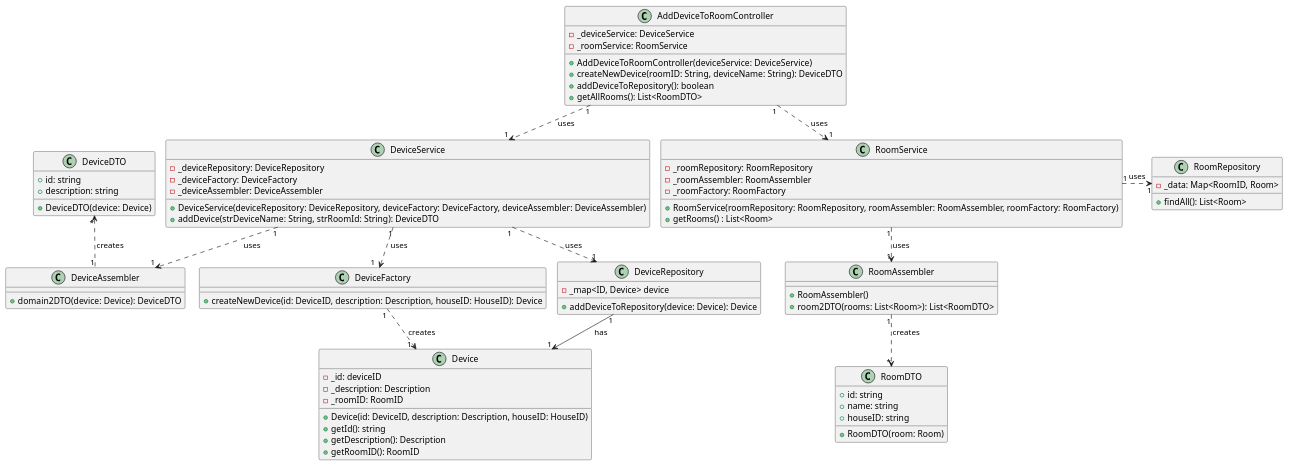
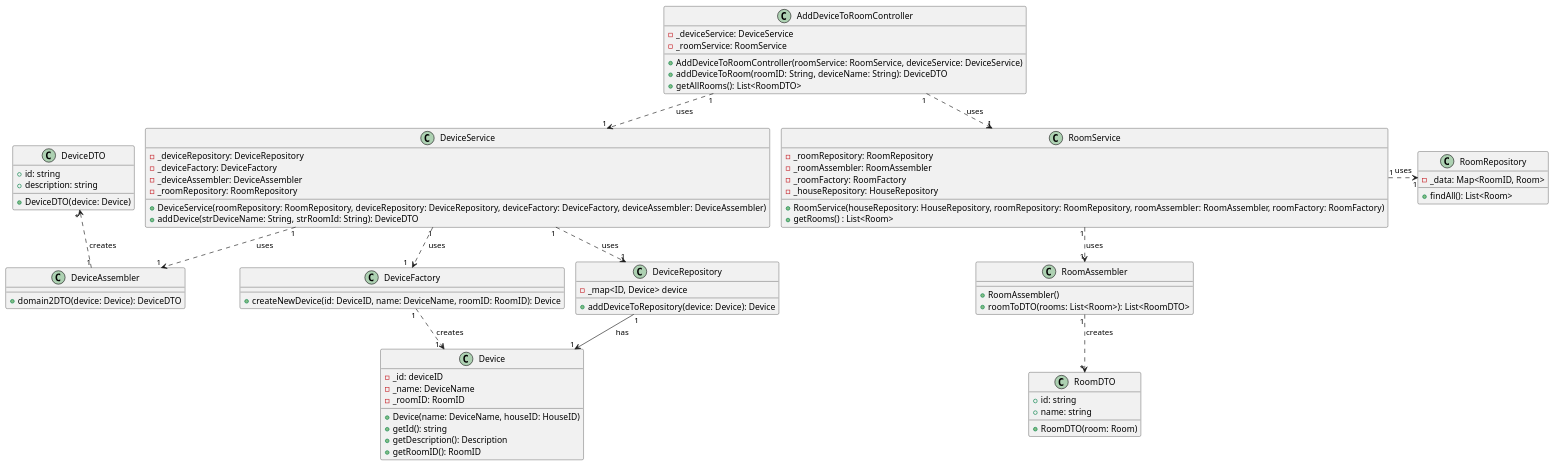
Before and after one commit to olivDiogo/SmartHome: the diagram in docs/ood/classDiagram/US05AddDeviceToRoom.puml, drawn with PlantUML.

Commit message:
#124 minor changes class diagram US05

```diff
--- a/docs/ood/classDiagram/US05AddDeviceToRoom.puml
+++ b/docs/ood/classDiagram/US05AddDeviceToRoom.puml
@@ -1,86 +1,86 @@
 @startuml
 !pragma layout smetana
 
 class Device {
   - _id: deviceID
-  - _description: Description
+  - _name: DeviceName
   - _roomID: RoomID
-  + Device(id: DeviceID, description: Description, houseID: HouseID)
+  + Device(name: DeviceName, houseID: HouseID)
   + getId(): string
   + getDescription(): Description
   + getRoomID(): RoomID
   }
 
 class DeviceFactory {
-  + createNewDevice(id: DeviceID, description: Description, houseID: HouseID): Device
+  + createNewDevice(id: DeviceID, name: DeviceName, roomID: RoomID): Device
   }
 
 class DeviceRepository {
   - _map<ID, Device> device
   + addDeviceToRepository(device: Device): Device
   }
 class DeviceService {
   - _deviceRepository: DeviceRepository
   - _deviceFactory: DeviceFactory
   - _deviceAssembler: DeviceAssembler
-    + DeviceService(deviceRepository: DeviceRepository, deviceFactory: DeviceFactory, deviceAssembler: DeviceAssembler)
+  - _roomRepository: RoomRepository
+    + DeviceService(roomRepository: RoomRepository, deviceRepository: DeviceRepository, deviceFactory: DeviceFactory, deviceAssembler: DeviceAssembler)
   + addDevice(strDeviceName: String, strRoomId: String): DeviceDTO
   }
 
  class RoomService{
   - _roomRepository: RoomRepository
   - _roomAssembler: RoomAssembler
   - _roomFactory: RoomFactory
-  + RoomService(roomRepository: RoomRepository, roomAssembler: RoomAssembler, roomFactory: RoomFactory)
+  - _houseRepository: HouseRepository
+  + RoomService(houseRepository: HouseRepository, roomRepository: RoomRepository, roomAssembler: RoomAssembler, roomFactory: RoomFactory)
   + getRooms() : List<Room>
   }
 
 class RoomRepository {
   - _data: Map<RoomID, Room>
   + findAll(): List<Room>
   }
 
 class RoomAssembler {
     +RoomAssembler()
-    +room2DTO(rooms: List<Room>): List<RoomDTO>
+    +roomToDTO(rooms: List<Room>): List<RoomDTO>
 }
 
 class RoomDTO {
     + id: string
     + name: string
-    + houseID: string
     + RoomDTO(room: Room)
 }
 
 class AddDeviceToRoomController {
   - _deviceService: DeviceService
   - _roomService: RoomService
-  + AddDeviceToRoomController(deviceService: DeviceService)
-  + createNewDevice(roomID: String, deviceName: String): DeviceDTO
-  + addDeviceToRepository(): boolean
+  + AddDeviceToRoomController(roomService: RoomService, deviceService: DeviceService)
+  + addDeviceToRoom(roomID: String, deviceName: String): DeviceDTO
   + getAllRooms(): List<RoomDTO>
   }
 class DeviceDTO {
 + id: string
 + description: string
 + DeviceDTO(device: Device)
 }
 class DeviceAssembler{
   + domain2DTO(device: Device): DeviceDTO
   }
 
 
 DeviceRepository "1" -down-> "1" Device: has
 DeviceService "1".down.>"1  " DeviceFactory: uses
 DeviceService "1".down.>"1" DeviceAssembler: uses
 DeviceService "1".down.>"1" DeviceRepository: uses
 RoomService "1".right.>"1" RoomRepository: uses
 DeviceFactory "1".down.>"1  " Device: creates
 AddDeviceToRoomController "1".down.>"1" DeviceService: uses
 AddDeviceToRoomController "1".down.>"1" RoomService: uses
 DeviceAssembler "1".up.> "*" DeviceDTO: creates
 RoomService "1".down.>"1" RoomAssembler: uses
 RoomAssembler "1".down.>"*" RoomDTO: creates
 
 
 @enduml
```
